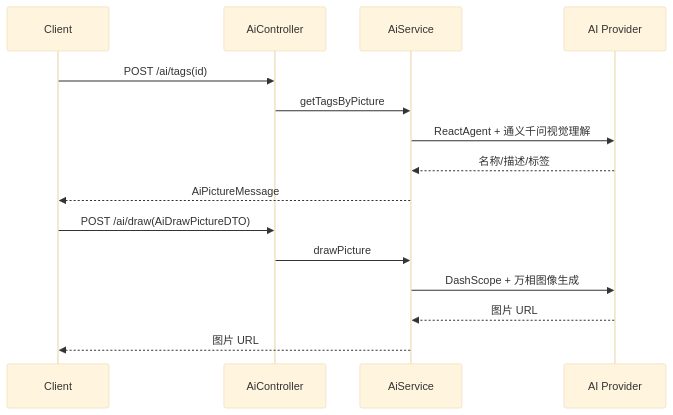
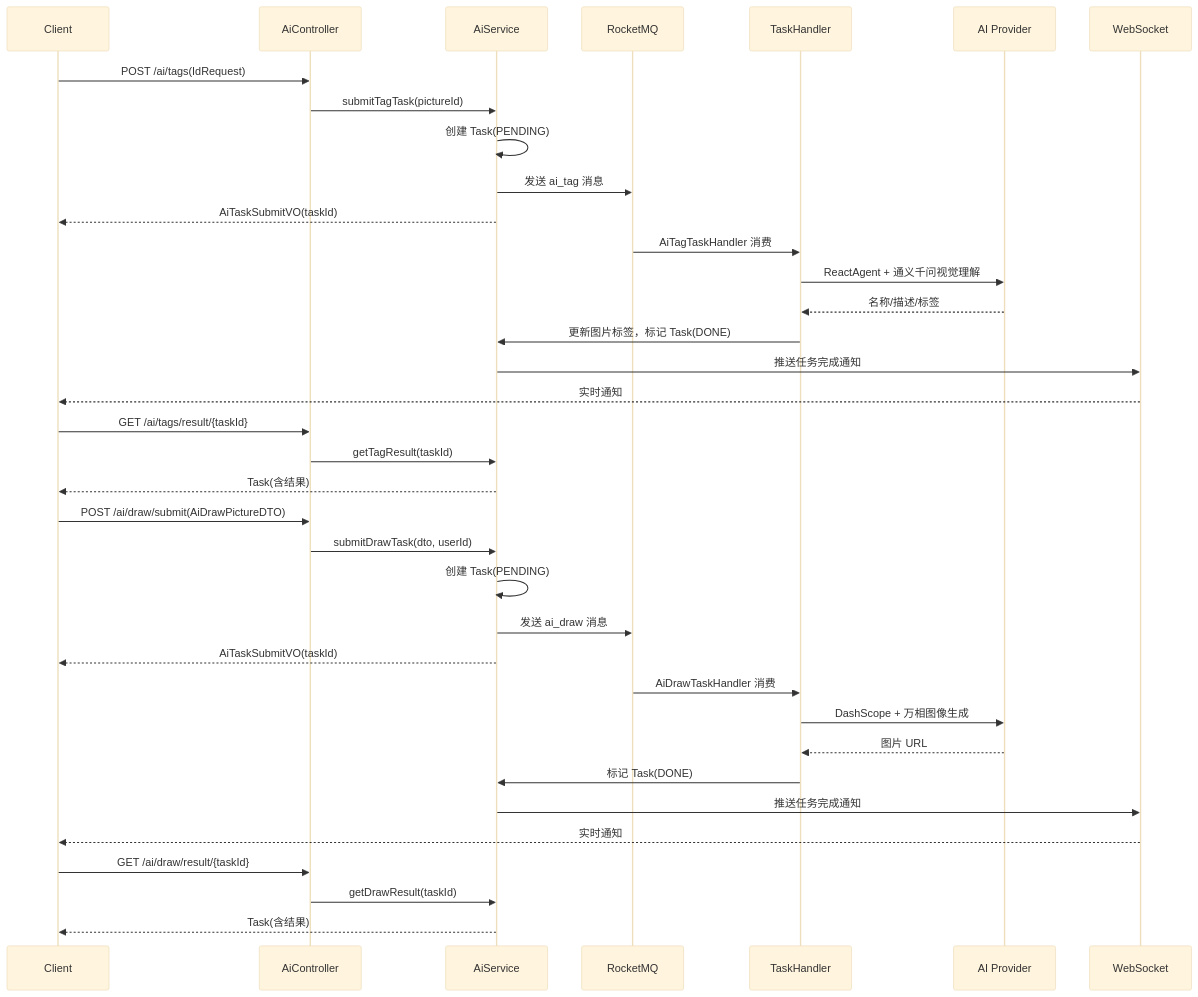
The seventh of 8 diagrams in model/uml_diagrams.md (FishDuM/AI.Image.Material.Collaboration.Platform), drawn with Mermaid (base theme) before and after one commit. The commit also changed other lines of this file and 2 other files, not shown here.

````diff
--- a/model/uml_diagrams.md
+++ b/model/uml_diagrams.md
@@ -542,19 +581,44 @@
 ```mermaid
 sequenceDiagram
     participant C as Client
     participant A as AiController
     participant S as AiService
+    participant MQ as RocketMQ
+    participant H as TaskHandler
     participant AI as AI Provider
+    participant WS as WebSocket
 
-    C->>A: POST /ai/tags(id)
-    A->>S: getTagsByPicture
-    S->>AI: ReactAgent + 通义千问视觉理解
-    AI-->>S: 名称/描述/标签
-    S-->>C: AiPictureMessage
+    C->>A: POST /ai/tags(IdRequest)
+    A->>S: submitTagTask(pictureId)
+    S->>S: 创建 Task(PENDING)
+    S->>MQ: 发送 ai_tag 消息
+    S-->>C: AiTaskSubmitVO(taskId)
 
-    C->>A: POST /ai/draw(AiDrawPictureDTO)
-    A->>S: drawPicture
-    S->>AI: DashScope + 万相图像生成
-    AI-->>S: 图片 URL
-    S-->>C: 图片 URL
+    MQ->>H: AiTagTaskHandler 消费
+    H->>AI: ReactAgent + 通义千问视觉理解
+    AI-->>H: 名称/描述/标签
+    H->>S: 更新图片标签，标记 Task(DONE)
+    S->>WS: 推送任务完成通知
+    WS-->>C: 实时通知
+
+    C->>A: GET /ai/tags/result/{taskId}
+    A->>S: getTagResult(taskId)
+    S-->>C: Task(含结果)
+
+    C->>A: POST /ai/draw/submit(AiDrawPictureDTO)
+    A->>S: submitDrawTask(dto, userId)
+    S->>S: 创建 Task(PENDING)
+    S->>MQ: 发送 ai_draw 消息
+    S-->>C: AiTaskSubmitVO(taskId)
+
+    MQ->>H: AiDrawTaskHandler 消费
+    H->>AI: DashScope + 万相图像生成
+    AI-->>H: 图片 URL
+    H->>S: 标记 Task(DONE)
+    S->>WS: 推送任务完成通知
+    WS-->>C: 实时通知
+
+    C->>A: GET /ai/draw/result/{taskId}
+    A->>S: getDrawResult(taskId)
+    S-->>C: Task(含结果)
 ```
````
